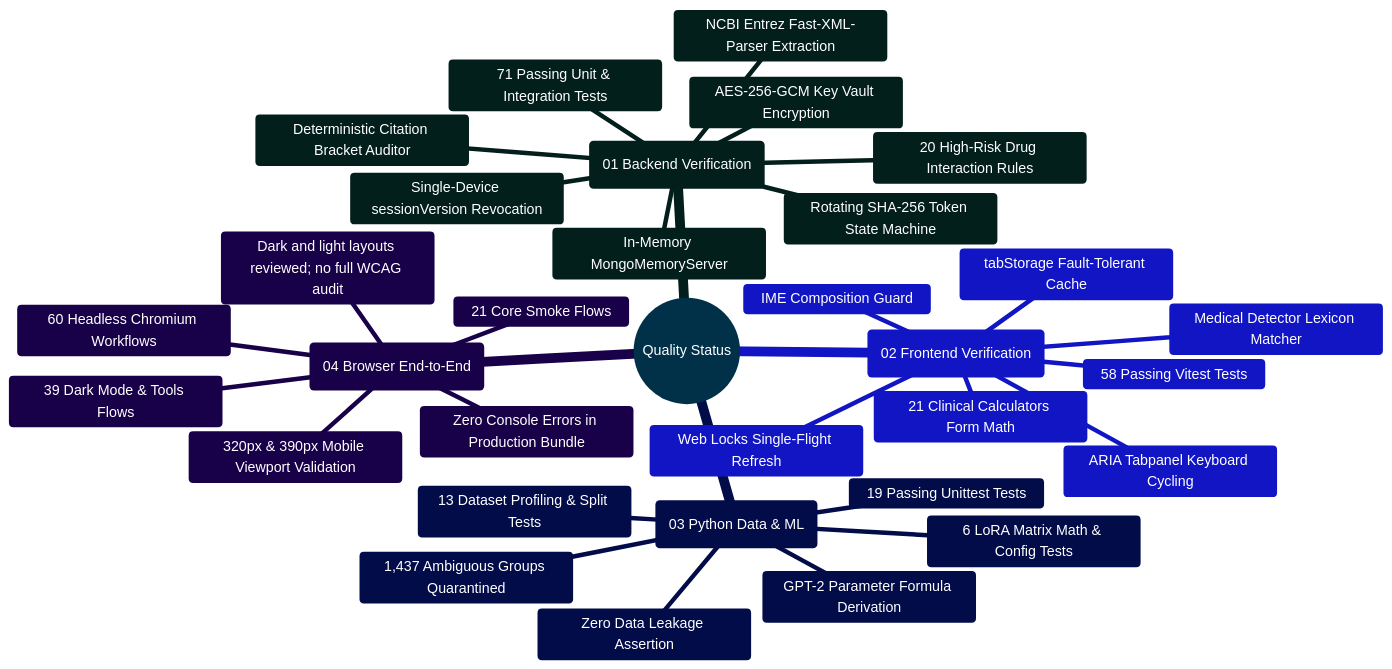
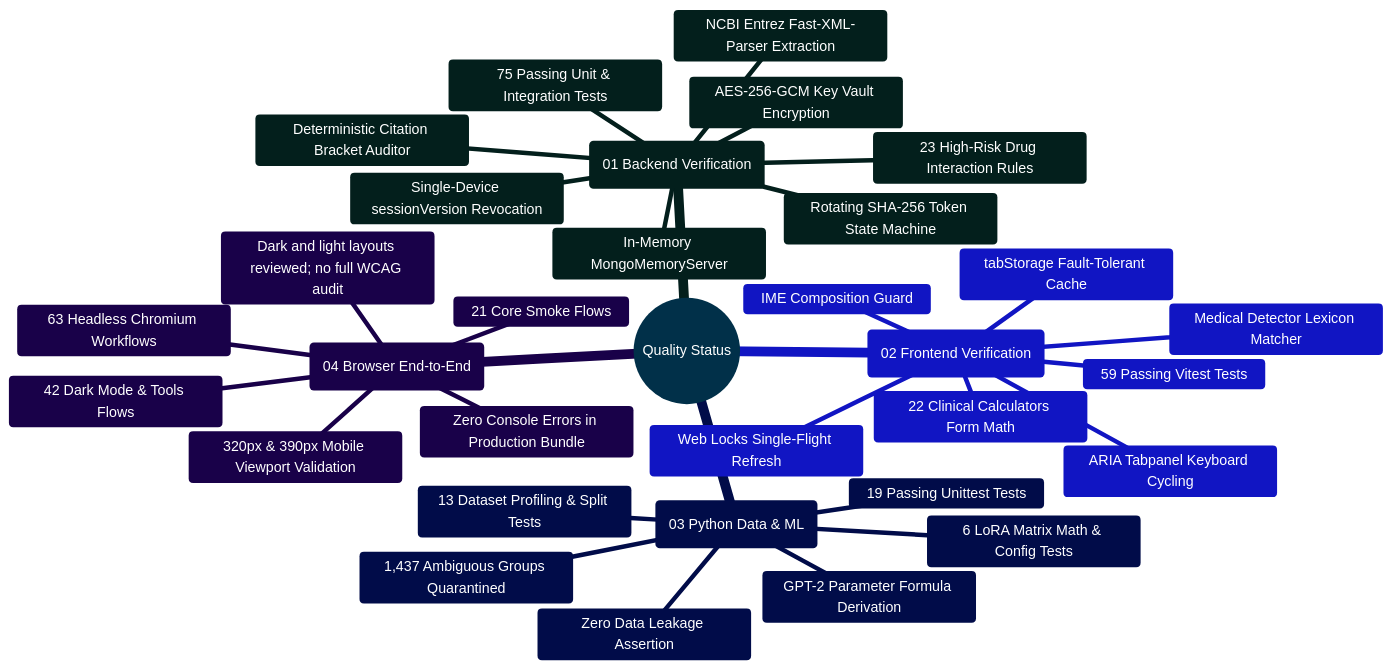
The first of 2 diagrams in docs/IMPLEMENTATION_STATUS.md (Ganesh172919/React-App-LLM), drawn with Mermaid before and after one commit. The commit also changed other lines of this file and 67 other files, not shown here.

````diff
--- a/docs/IMPLEMENTATION_STATUS.md
+++ b/docs/IMPLEMENTATION_STATUS.md
@@ -66,37 +68,37 @@
 ```mermaid
 %%{init: {'theme': 'base', 'themeVariables': { 'primaryColor': '#0284c7', 'primaryTextColor': '#ffffff', 'primaryBorderColor': '#0369a1', 'lineColor': '#0284c7', 'secondaryColor': '#0d9488', 'tertiaryColor': '#6366f1' }}}%%
 mindmap
   root((Quality Status))
     ::icon(fa fa-check-circle)
     (01 Backend Verification)
-      71 Passing Unit & Integration Tests
+      75 Passing Unit & Integration Tests
       In-Memory MongoMemoryServer
       Single-Device sessionVersion Revocation
       Rotating SHA-256 Token State Machine
       AES-256-GCM Key Vault Encryption
       NCBI Entrez Fast-XML-Parser Extraction
       Deterministic Citation Bracket Auditor
-      20 High-Risk Drug Interaction Rules
+      23 High-Risk Drug Interaction Rules
     (02 Frontend Verification)
-      58 Passing Vitest Tests
+      59 Passing Vitest Tests
       Web Locks Single-Flight Refresh
       tabStorage Fault-Tolerant Cache
       IME Composition Guard
       Medical Detector Lexicon Matcher
-      21 Clinical Calculators Form Math
+      22 Clinical Calculators Form Math
       ARIA Tabpanel Keyboard Cycling
     (03 Python Data & ML)
       19 Passing Unittest Tests
       13 Dataset Profiling & Split Tests
       6 LoRA Matrix Math & Config Tests
       Zero Data Leakage Assertion
       1,437 Ambiguous Groups Quarantined
       GPT-2 Parameter Formula Derivation
     (04 Browser End-to-End)
-      60 Headless Chromium Workflows
+      63 Headless Chromium Workflows
       21 Core Smoke Flows
-      39 Dark Mode & Tools Flows
+      42 Dark Mode & Tools Flows
       320px & 390px Mobile Viewport Validation
       Dark and light layouts reviewed; no full WCAG audit
       Zero Console Errors in Production Bundle
 ```
````
